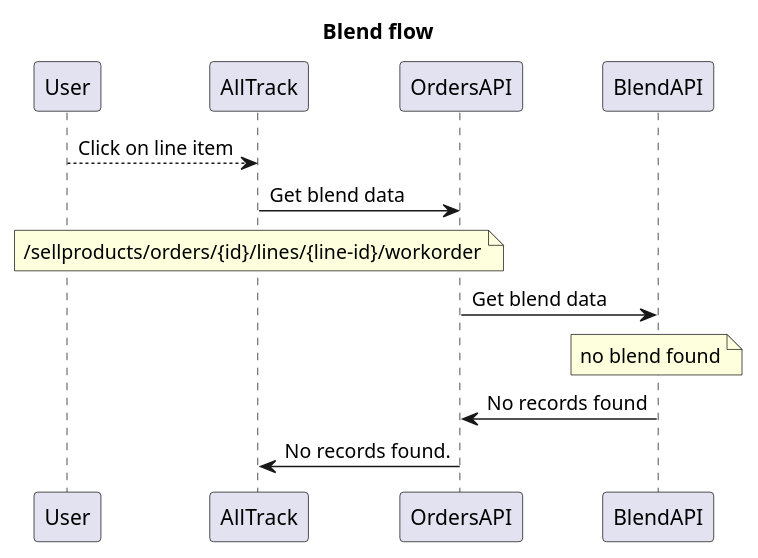
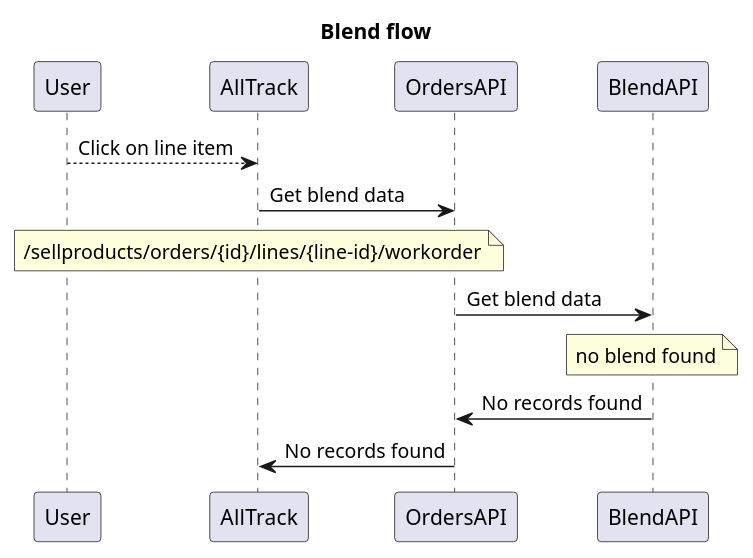
Before and after one commit to das01d/simple-app: the diagram in docs/myarch.puml, drawn with PlantUML.

Commit message:
one more try

```diff
--- a/docs/myarch.puml
+++ b/docs/myarch.puml
@@ -1,12 +1,12 @@
 @startuml
 title Blend flow
 
 User --> AllTrack: Click on line item
 
 AllTrack -> OrdersAPI: Get blend data 
 note over AllTrack: /sellproducts/orders/{id}/lines/{line-id}/workorder
 OrdersAPI -> BlendAPI: Get blend data
 note over BlendAPI: no blend found
 BlendAPI -> OrdersAPI: No records found
-OrdersAPI -> AllTrack: No records found.
+OrdersAPI -> AllTrack: No records found
 @enduml
```
